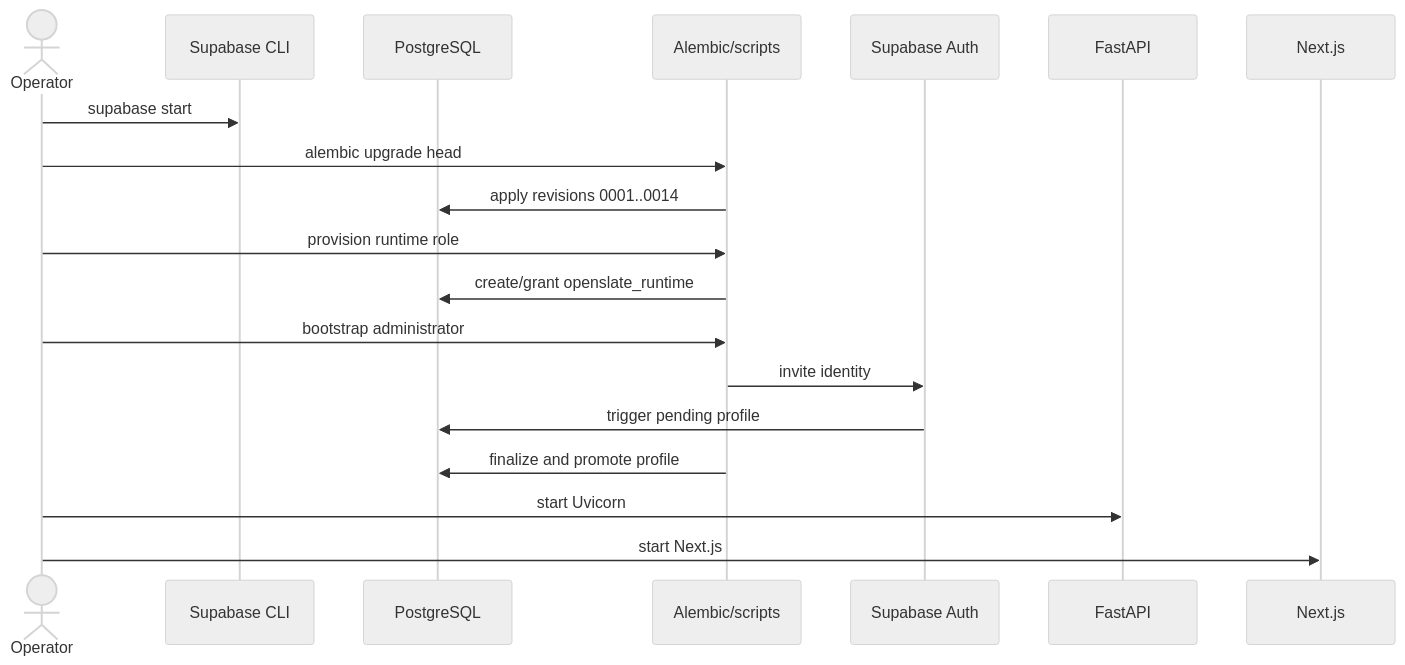
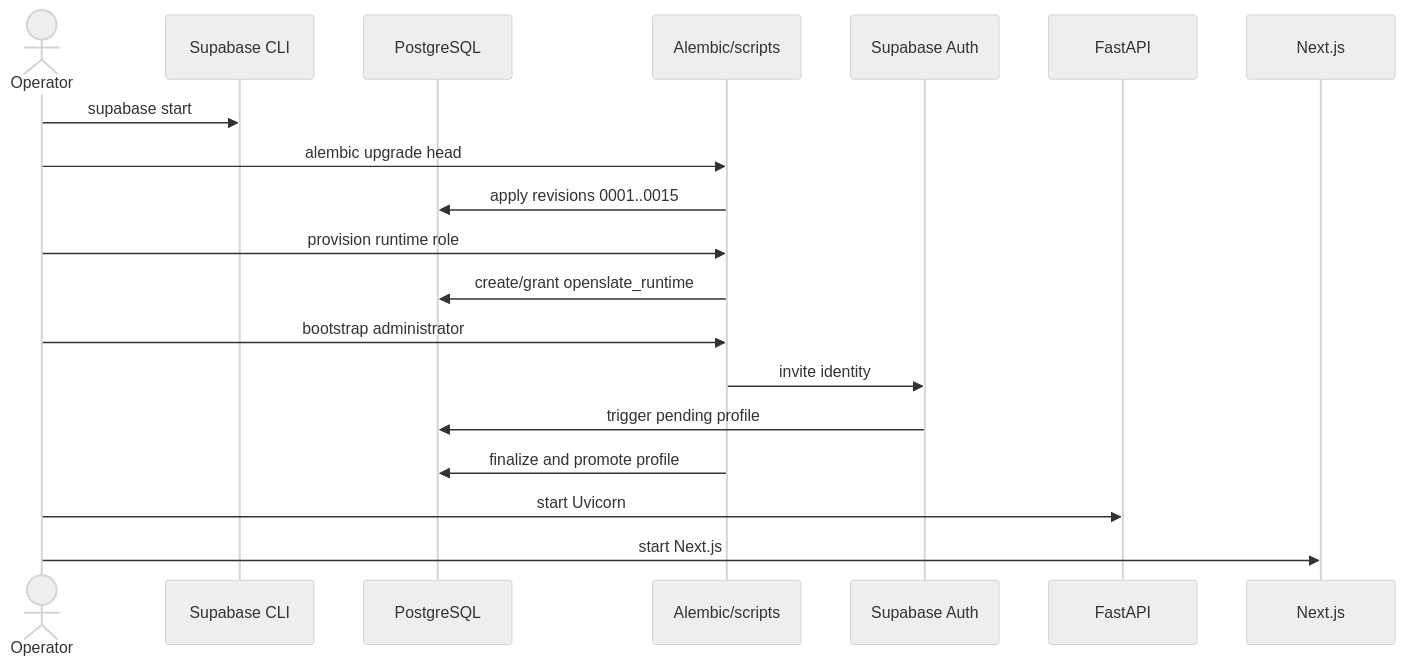
One commit to jayeuse/openslate changed the first of 4 diagrams in docs/architecture/13-runtime-flows.md. Above: the diagram before and after it, drawn with Mermaid (neutral theme). The commit also changed other lines of this file and 16 other files, not shown here.

````diff
--- a/docs/architecture/13-runtime-flows.md
+++ b/docs/architecture/13-runtime-flows.md
@@ -9,21 +9,21 @@
 ```mermaid
 sequenceDiagram
     actor Operator
     participant CLI as Supabase CLI
     participant DB as PostgreSQL
     participant Mig as Alembic/scripts
     participant Auth as Supabase Auth
     participant API as FastAPI
     participant Web as Next.js
     Operator->>CLI: supabase start
     Operator->>Mig: alembic upgrade head
-    Mig->>DB: apply revisions 0001..0014
+    Mig->>DB: apply revisions 0001..0015
     Operator->>Mig: provision runtime role
     Mig->>DB: create/grant openslate_runtime
     Operator->>Mig: bootstrap administrator
     Mig->>Auth: invite identity
     Auth->>DB: trigger pending profile
     Mig->>DB: finalize and promote profile
     Operator->>API: start Uvicorn
     Operator->>Web: start Next.js
 ```
````
